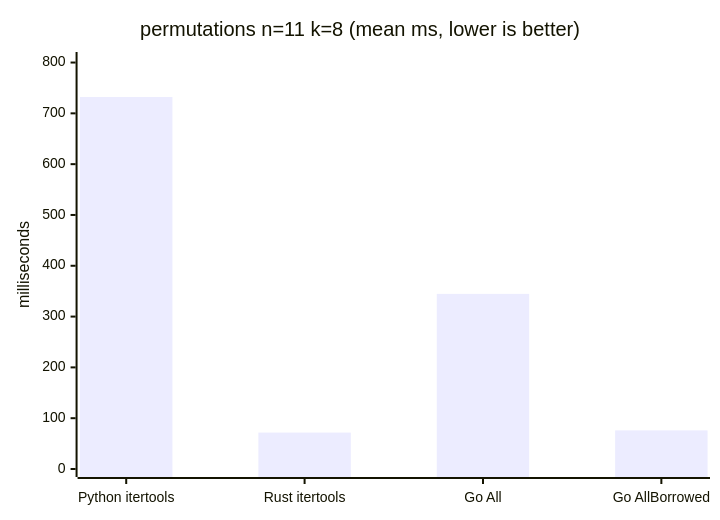
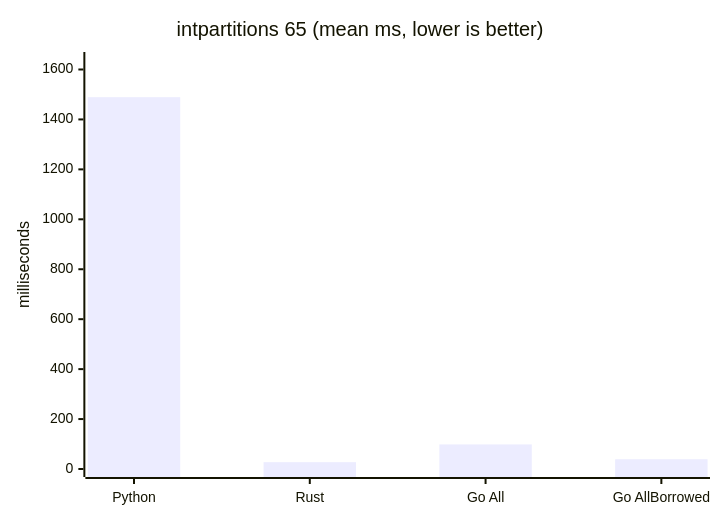
One commit to natemcintosh/gocombinatorics changed the seventh of 8 diagrams in bench/RESULTS.md. Above: the diagram before and after it, drawn with Mermaid. The commit also changed other lines of this file and 4 other files, not shown here.

````diff
--- a/bench/RESULTS.md
+++ b/bench/RESULTS.md
@@ -190,7 +159,7 @@
 ```mermaid
 xychart-beta
-    title "permutations n=11 k=8 (mean ms, lower is better)"
-    x-axis ["Python itertools", "Rust itertools", "Go All", "Go AllBorrowed"]
-    y-axis "milliseconds" 0 --> 805
-    bar [732.2, 71.7, 344.7, 76.0]
+    title "intpartitions 65 (mean ms, lower is better)"
+    x-axis ["Python", "Rust", "Go All", "Go AllBorrowed"]
+    y-axis "milliseconds" 0 --> 1638
+    bar [1489.2, 27.4, 98.5, 39.1]
 ```
````
